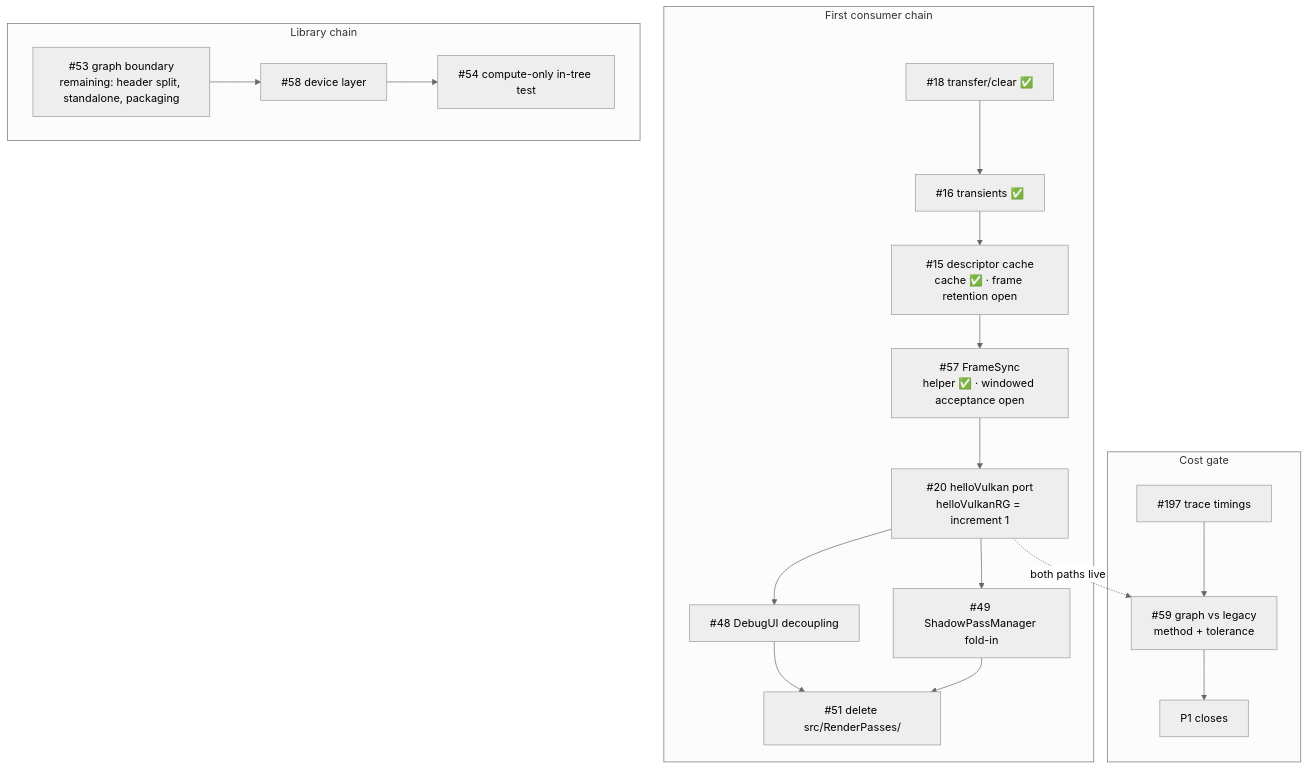
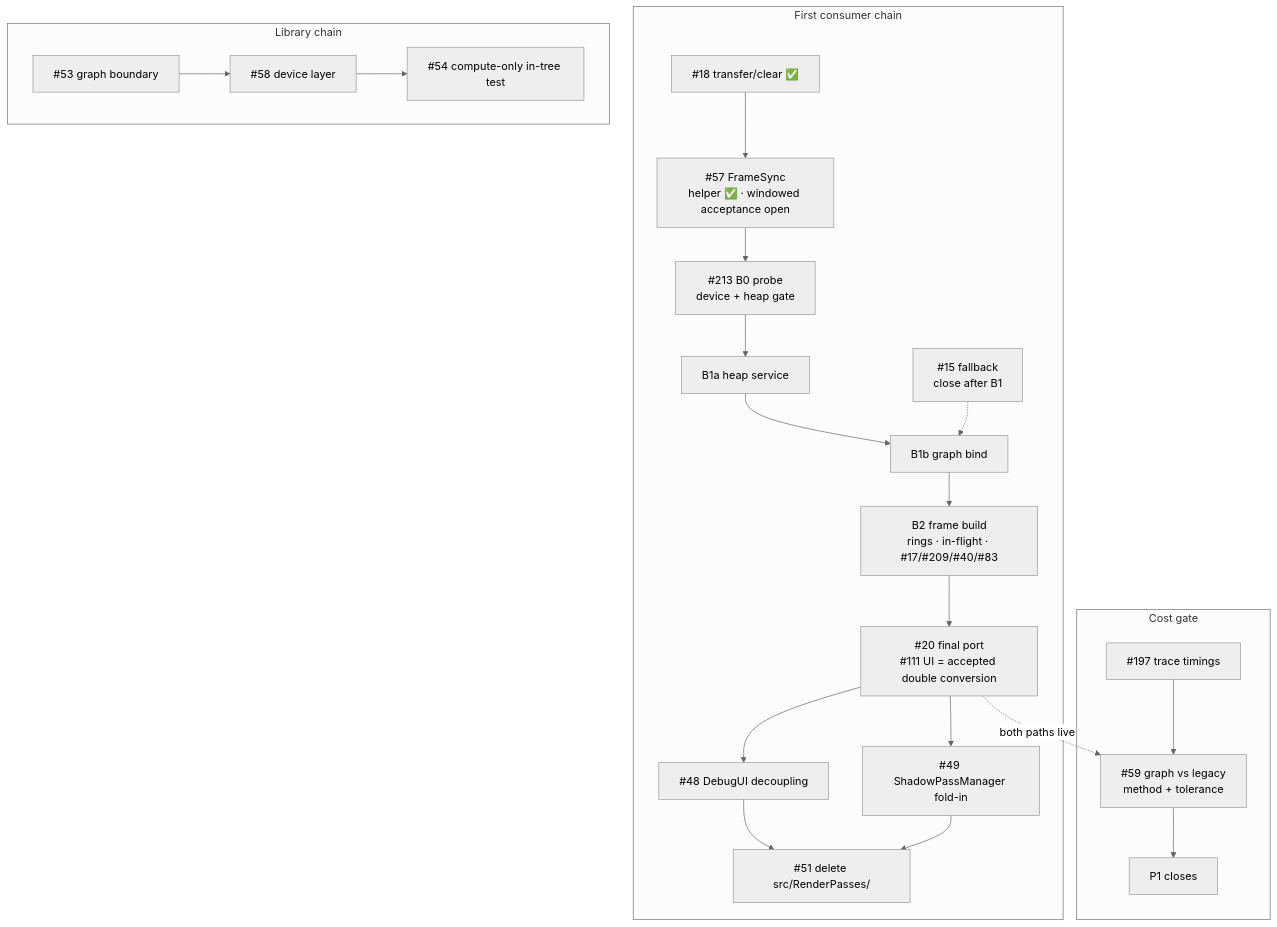
Before and after one commit to v3c70r/Muyo: the second of 4 diagrams in docs/Roadmap-Visual.md, drawn with Mermaid (neutral theme). The commit also changed other lines of this file and 1 other file, not shown here.

First line of the commit message:
docs: add the B descriptor-heap track to the roadmap (#214)

````diff
--- a/docs/Roadmap-Visual.md
+++ b/docs/Roadmap-Visual.md
@@ -46,26 +56,29 @@
 ```mermaid
 flowchart TB
     subgraph consumer["First consumer chain"]
         C18["#18 transfer/clear ✅"]
-        C16["#16 transients ✅"]
-        C15["#15 descriptor cache<br/>cache ✅ · frame retention open"]
         C57["#57 FrameSync<br/>helper ✅ · windowed acceptance open"]
-        C20["#20 helloVulkan port<br/>helloVulkanRG = increment 1"]
+        B213["#213 B0 probe<br/>device + heap gate"]
+        B1A["B1a heap service"]
+        B1B["B1b graph bind"]
+        B2["B2 frame build<br/>rings · in-flight · #17/#209/#40/#83"]
+        C20["#20 final port<br/>#111 UI = accepted double conversion"]
         C48["#48 DebugUI decoupling"]
         C49["#49 ShadowPassManager fold-in"]
         C51["#51 delete src/RenderPasses/"]
-        C18 --> C16 --> C15 --> C57 --> C20
+        C18 --> C57 --> B213 --> B1A --> B1B --> B2 --> C20
         C20 --> C48 --> C51
         C20 --> C49 --> C51
+        C15["#15 fallback<br/>close after B1"] -.-> B1B
     end
     subgraph library["Library chain"]
-        L53["#53 graph boundary<br/>remaining: header split, standalone, packaging"]
+        L53["#53 graph boundary"]
         L58["#58 device layer"]
         L54["#54 compute-only in-tree test"]
         L53 --> L58 --> L54
     end
     subgraph cost["Cost gate"]
         K197["#197 trace timings"] --> K59["#59 graph vs legacy<br/>method + tolerance"] --> G1["P1 closes"]
     end
     C20 -. both paths live .-> K59
 ```
````
